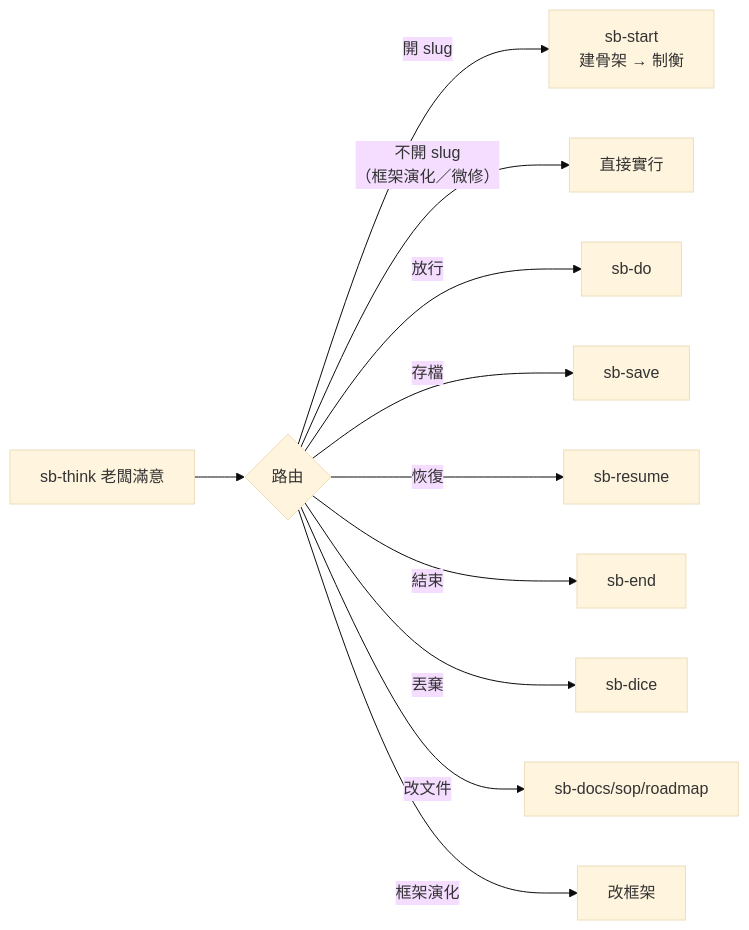
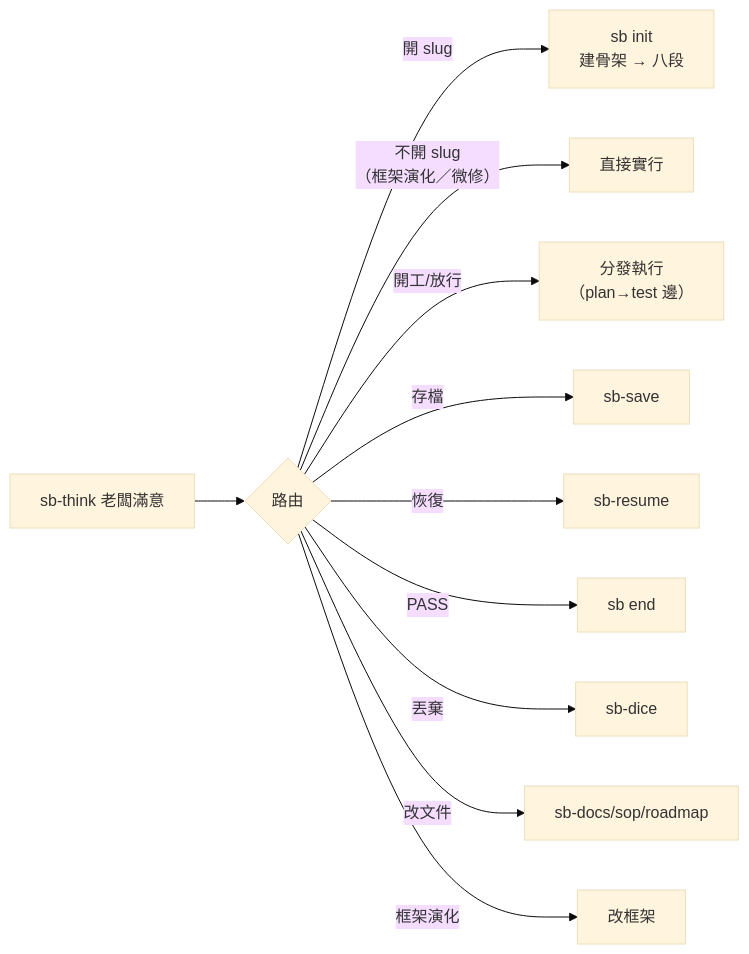
Before and after one commit to teps3105/shiftblame: the fourth of 4 diagrams in skills/sb-think/SKILL.md, drawn with Mermaid (base theme). The commit also changed other lines of this file and 26 other files, not shown here.

````diff
--- a/skills/sb-think/SKILL.md
+++ b/skills/sb-think/SKILL.md
@@ -101,13 +101,13 @@
 ```mermaid
 flowchart LR
     T["sb-think 老闆滿意"] --> R{"路由"}
-    R -- "開 slug" --> S["sb-start<br/>建骨架 → 制衡"]
+    R -- "開 slug" --> S["sb init<br/>建骨架 → 八段"]
     R -- "不開 slug<br/>（框架演化／微修）" --> D7["直接實行"]
-    R -- 放行 --> D1["sb-do"]
+    R -- 開工/放行 --> D1["分發執行<br/>（plan→test 邊）"]
     R -- 存檔 --> D2["sb-save"]
     R -- 恢復 --> D3["sb-resume"]
-    R -- 結束 --> D4["sb-end"]
+    R -- PASS --> D4["sb end"]
     R -- 丟棄 --> D5["sb-dice"]
     R -- 改文件 --> D6["sb-docs/sop/roadmap"]
     R -- 框架演化 --> D8["改框架"]
 ```
````
